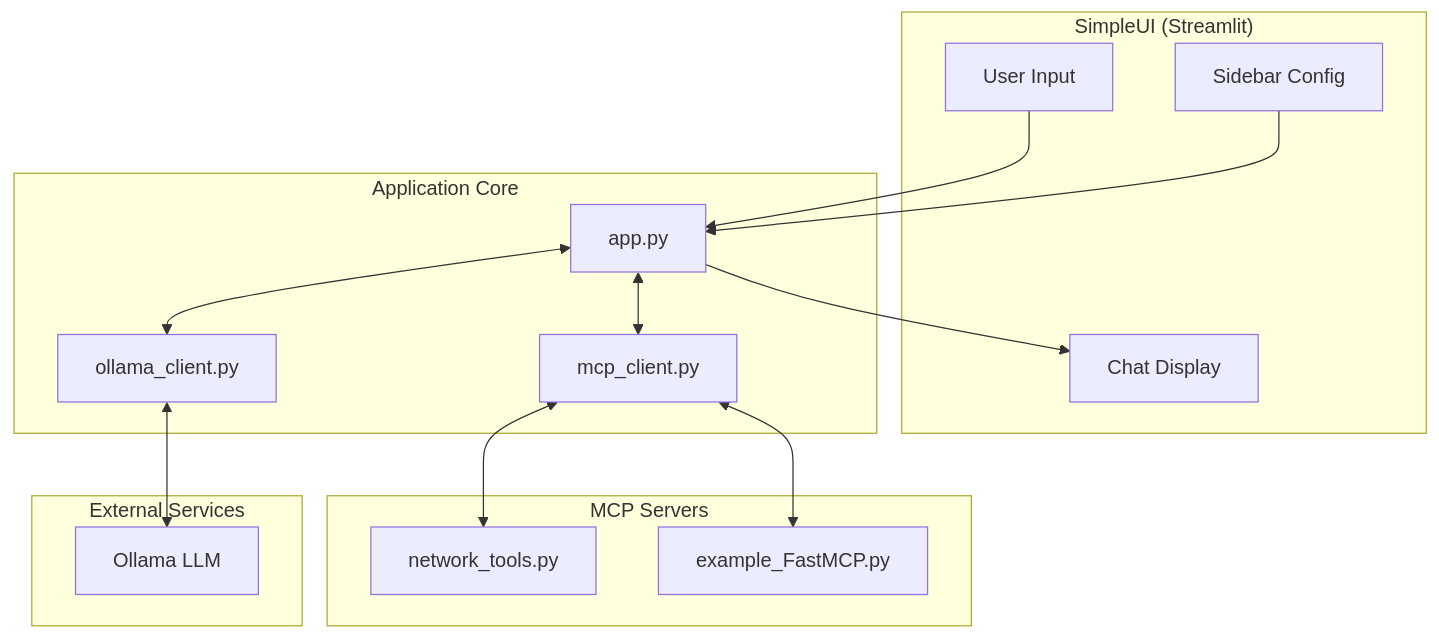
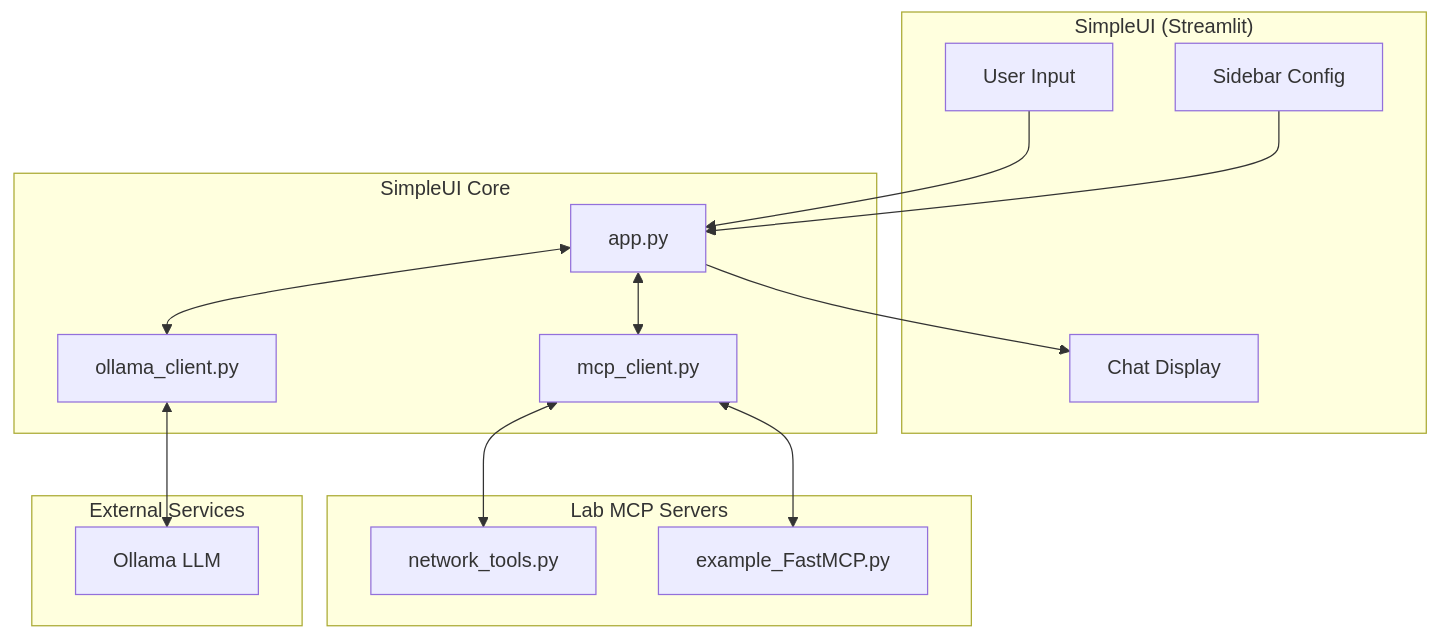
The fifth of 5 diagrams in mcp/README.md (seanerama/learning-labs), drawn with Mermaid before and after one commit. The commit also changed other lines of this file and 12 other files, not shown here.

First line of the commit message:
Refactor MCP lab to use external SimpleUI repository

````diff
--- a/mcp/README.md
+++ b/mcp/README.md
@@ -552,32 +603,32 @@
 ```mermaid
 flowchart TB
     subgraph UI["SimpleUI (Streamlit)"]
         A[User Input]
         B[Chat Display]
         C[Sidebar Config]
     end
 
-    subgraph Core["Application Core"]
+    subgraph Core["SimpleUI Core"]
         D[app.py]
         E[ollama_client.py]
         F[mcp_client.py]
     end
 
-    subgraph Servers["MCP Servers"]
+    subgraph Servers["Lab MCP Servers"]
         G[network_tools.py]
         H[example_FastMCP.py]
     end
 
     subgraph External["External Services"]
         I[Ollama LLM]
     end
 
     A --> D
     D --> B
     C --> D
     D <--> E
     D <--> F
     E <--> I
     F <--> G
     F <--> H
 ```
````
